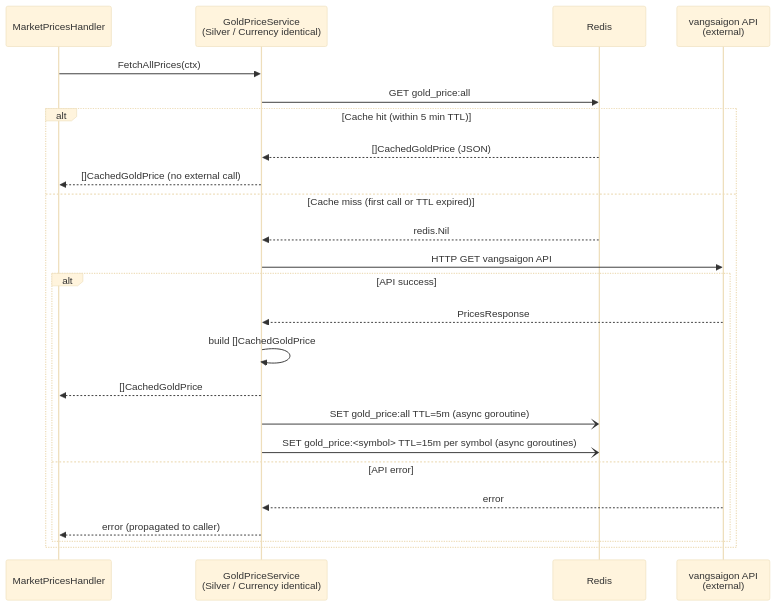
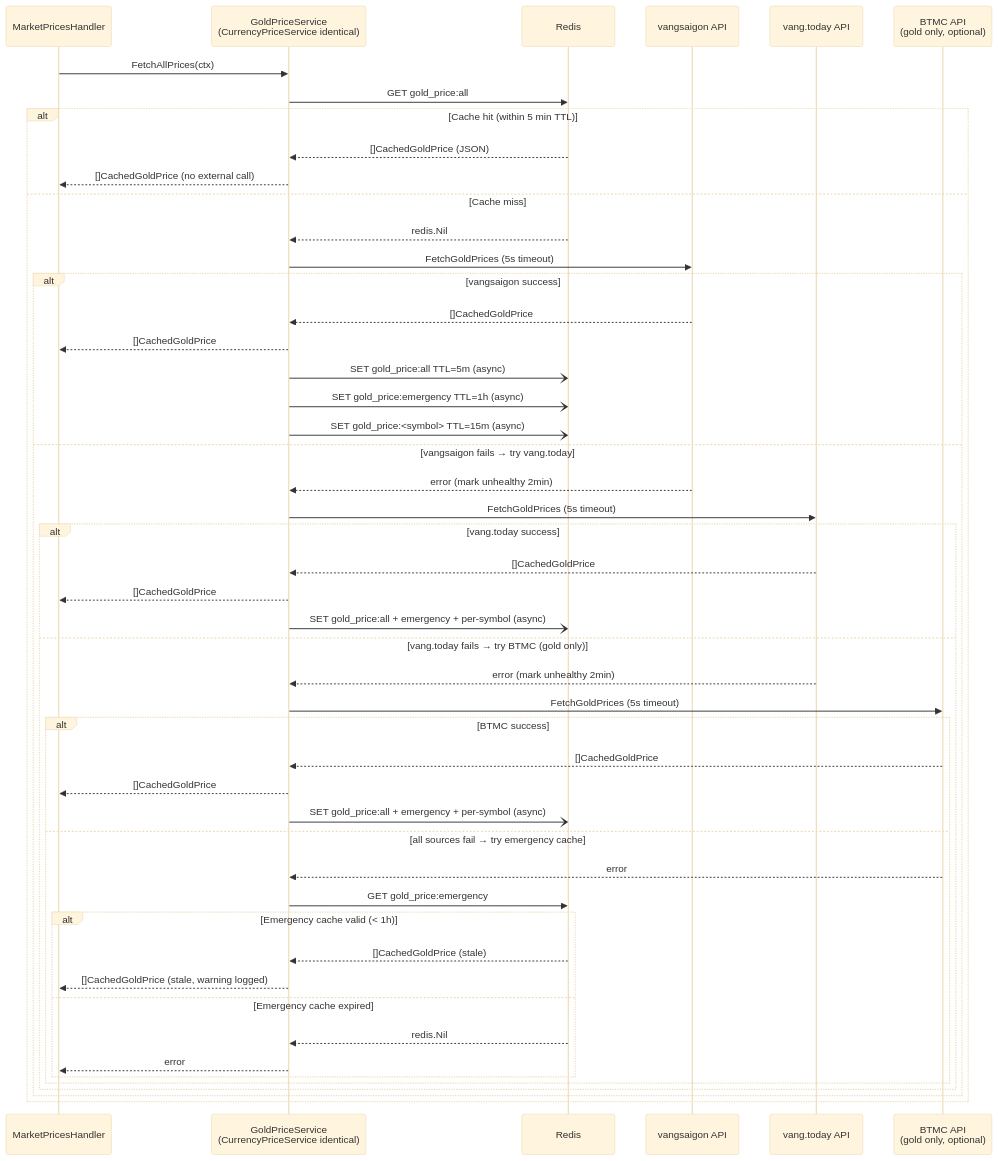
One commit to khanhnq1406/wealth-journey changed diagram 12 of 14 in docs/architecture/flow-cross-cutting.md. Above: the diagram before and after it, drawn with Mermaid (base theme). The commit also changed other lines of this file and 2 other files, not shown here.

First line of the commit message:
docs(price-fallback): update runtime flow diagrams to reflect waterfall fallback chain (task 14)

````diff
--- a/docs/architecture/flow-cross-cutting.md
+++ b/docs/architecture/flow-cross-cutting.md
@@ -875,27 +876,52 @@
 ```mermaid
 sequenceDiagram
     participant H as MarketPricesHandler
-    participant S as GoldPriceService<br/>(Silver / Currency identical)
+    participant S as GoldPriceService<br/>(CurrencyPriceService identical)
     participant R as Redis
-    participant A as vangsaigon API<br/>(external)
+    participant V1 as vangsaigon API
+    participant V2 as vang.today API
+    participant BT as BTMC API<br/>(gold only, optional)
 
     H->>S: FetchAllPrices(ctx)
     S->>R: GET gold_price:all
     alt Cache hit (within 5 min TTL)
         R-->>S: []CachedGoldPrice (JSON)
         S-->>H: []CachedGoldPrice (no external call)
-    else Cache miss (first call or TTL expired)
+    else Cache miss
         R-->>S: redis.Nil
-        S->>A: HTTP GET vangsaigon API
-        alt API success
-            A-->>S: PricesResponse
-            S->>S: build []CachedGoldPrice
+        S->>V1: FetchGoldPrices (5s timeout)
+        alt vangsaigon success
+            V1-->>S: []CachedGoldPrice
             S-->>H: []CachedGoldPrice
-            S-)R: SET gold_price:all TTL=5m (async goroutine)
-            S-)R: SET gold_price:<symbol> TTL=15m per symbol (async goroutines)
-        else API error
-            A-->>S: error
-            S-->>H: error (propagated to caller)
+            S-)R: SET gold_price:all TTL=5m (async)
+            S-)R: SET gold_price:emergency TTL=1h (async)
+            S-)R: SET gold_price:<symbol> TTL=15m (async)
+        else vangsaigon fails → try vang.today
+            V1-->>S: error (mark unhealthy 2min)
+            S->>V2: FetchGoldPrices (5s timeout)
+            alt vang.today success
+                V2-->>S: []CachedGoldPrice
+                S-->>H: []CachedGoldPrice
+                S-)R: SET gold_price:all + emergency + per-symbol (async)
+            else vang.today fails → try BTMC (gold only)
+                V2-->>S: error (mark unhealthy 2min)
+                S->>BT: FetchGoldPrices (5s timeout)
+                alt BTMC success
+                    BT-->>S: []CachedGoldPrice
+                    S-->>H: []CachedGoldPrice
+                    S-)R: SET gold_price:all + emergency + per-symbol (async)
+                else all sources fail → try emergency cache
+                    BT-->>S: error
+                    S->>R: GET gold_price:emergency
+                    alt Emergency cache valid (< 1h)
+                        R-->>S: []CachedGoldPrice (stale)
+                        S-->>H: []CachedGoldPrice (stale, warning logged)
+                    else Emergency cache expired
+                        R-->>S: redis.Nil
+                        S-->>H: error
+                    end
+                end
+            end
         end
     end
 ```
````
